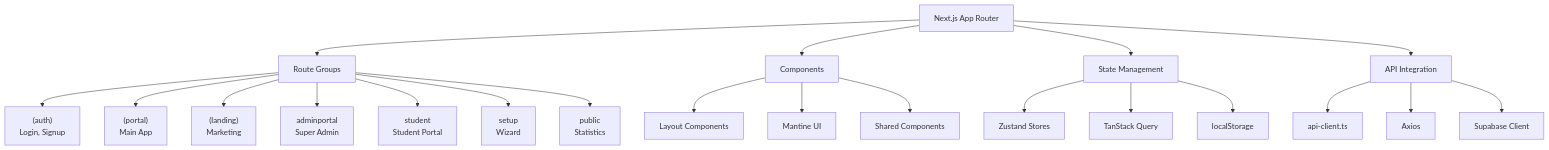
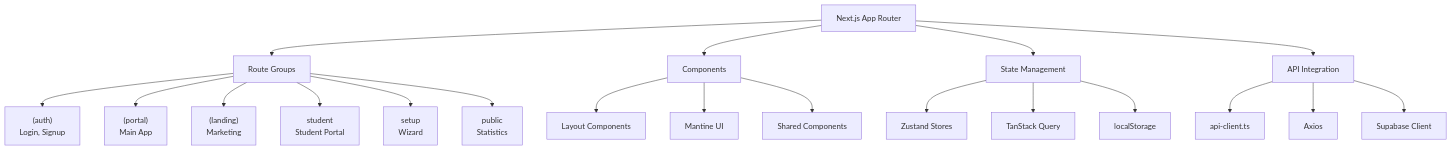
One commit to NTGClarityPK/ntg-sms-v1 changed the fourth of 10 diagrams in docs/developer-guide/architecture.md. Above: the diagram before and after it, drawn with Mermaid. The commit also changed other lines of this file and 148 other files, not shown here.

````diff
--- a/docs/developer-guide/architecture.md
+++ b/docs/developer-guide/architecture.md
@@ -316,27 +313,26 @@
 ```mermaid
 graph TB
     A[Next.js App Router] --> B[Route Groups]
     
     B --> B1["(auth)<br/>Login, Signup"]
     B --> B2["(portal)<br/>Main App"]
     B --> B3["(landing)<br/>Marketing"]
-    B --> B4["adminportal<br/>Super Admin"]
-    B --> B5["student<br/>Student Portal"]
-    B --> B6["setup<br/>Wizard"]
-    B --> B7["public<br/>Statistics"]
+    B --> B4["student<br/>Student Portal"]
+    B --> B5["setup<br/>Wizard"]
+    B --> B6["public<br/>Statistics"]
     
     A --> C[Components]
     C --> C1[Layout Components]
     C --> C2[Mantine UI]
     C --> C3[Shared Components]
     
     A --> D[State Management]
     D --> D1[Zustand Stores]
     D --> D2[TanStack Query]
     D --> D3[localStorage]
     
     A --> E[API Integration]
     E --> E1[api-client.ts]
     E --> E2[Axios]
     E --> E3[Supabase Client]
 ```
````
